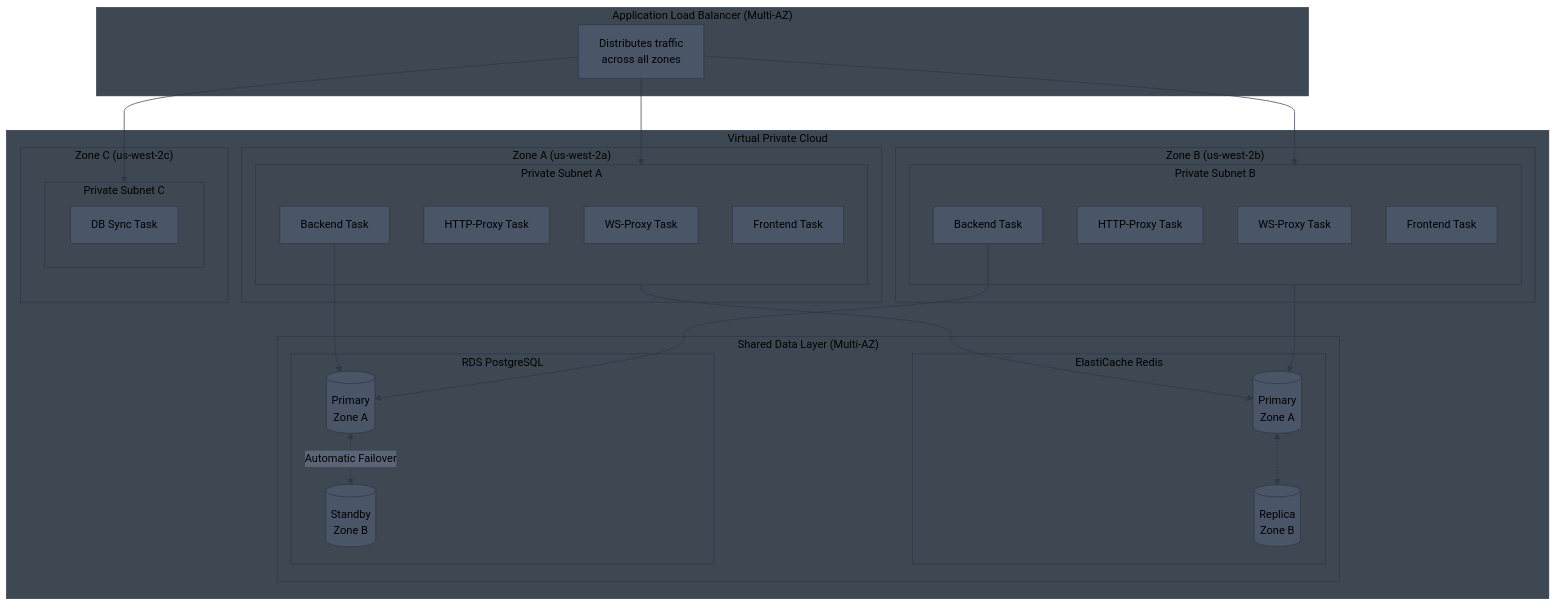
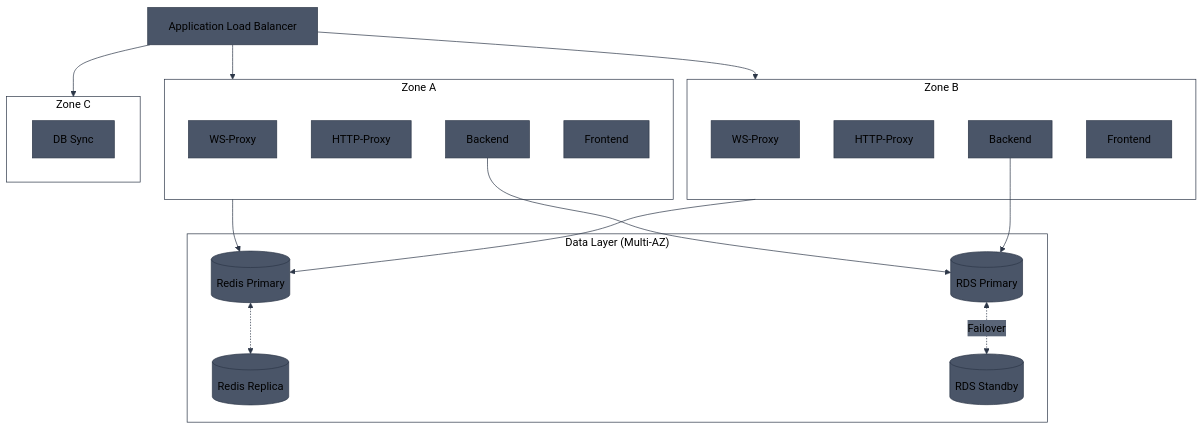
The fourth of 8 diagrams in diagrams/ecs-architecture.md (aldea-ai/infrastructure-docs), drawn with Mermaid before and after one commit. The commit also changed other lines of this file, not shown here.

Commit message:
Simplify diagrams: remove redundant sections, use transparent cluster backgrounds

````diff
--- a/diagrams/ecs-architecture.md
+++ b/diagrams/ecs-architecture.md
@@ -152,50 +143,36 @@
 ```mermaid
-%%{init: {'theme': 'base', 'themeVariables': { 'primaryColor': '#4a5568', 'primaryTextColor': '#000', 'primaryBorderColor': '#2d3748', 'lineColor': '#2d3748', 'secondaryColor': '#5a6577', 'tertiaryColor': '#6b7280', 'background': '#1a202c', 'mainBkg': '#4a5568', 'secondBkg': '#5a6577', 'clusterBkg': '#3d4852', 'clusterBorder': '#2d3748', 'titleColor': '#000'}}}%%
+%%{init: {'theme': 'base', 'themeVariables': { 'primaryColor': '#4a5568', 'primaryTextColor': '#000', 'primaryBorderColor': '#2d3748', 'lineColor': '#2d3748', 'secondaryColor': '#5a6577', 'tertiaryColor': '#6b7280', 'clusterBkg': 'transparent', 'clusterBorder': '#2d3748', 'titleColor': '#000'}}}%%
 flowchart TB
-    subgraph ALB["Application Load Balancer (Multi-AZ)"]
-        LB[Distributes traffic<br/>across all zones]
+    LB[Application Load Balancer]
+
+    subgraph AZ_A["Zone A"]
+        WS_A[WS-Proxy]
+        HTTP_A[HTTP-Proxy]
+        BE_A[Backend]
+        FE_A[Frontend]
     end
 
-    subgraph VPC["Virtual Private Cloud"]
-        subgraph AZ_A["Zone A (us-west-2a)"]
-            subgraph SubA["Private Subnet A"]
-                WS_A[WS-Proxy Task]
-                HTTP_A[HTTP-Proxy Task]
-                BE_A[Backend Task]
-                FE_A[Frontend Task]
-            end
-        end
-
-        subgraph AZ_B["Zone B (us-west-2b)"]
-            subgraph SubB["Private Subnet B"]
-                WS_B[WS-Proxy Task]
-                HTTP_B[HTTP-Proxy Task]
-                BE_B[Backend Task]
-                FE_B[Frontend Task]
-            end
-        end
-
-        subgraph AZ_C["Zone C (us-west-2c)"]
-            subgraph SubC["Private Subnet C"]
-                SQS_C[DB Sync Task]
-            end
-        end
-
-        subgraph Data["Shared Data Layer (Multi-AZ)"]
-            subgraph RedisCluster["ElastiCache Redis"]
-                REDIS_P[(Primary<br/>Zone A)]
-                REDIS_R[(Replica<br/>Zone B)]
-            end
-            subgraph RDSCluster["RDS PostgreSQL"]
-                RDS_P[(Primary<br/>Zone A)]
-                RDS_S[(Standby<br/>Zone B)]
-            end
-        end
+    subgraph AZ_B["Zone B"]
+        WS_B[WS-Proxy]
+        HTTP_B[HTTP-Proxy]
+        BE_B[Backend]
+        FE_B[Frontend]
     end
 
-    LB --> SubA & SubB & SubC
-    SubA & SubB --> REDIS_P
+    subgraph AZ_C["Zone C"]
+        SQS_C[DB Sync]
+    end
+
+    subgraph Data["Data Layer (Multi-AZ)"]
+        REDIS_P[(Redis Primary)]
+        REDIS_R[(Redis Replica)]
+        RDS_P[(RDS Primary)]
+        RDS_S[(RDS Standby)]
+    end
+
+    LB --> AZ_A & AZ_B & AZ_C
+    AZ_A & AZ_B --> REDIS_P
     REDIS_P <-.-> REDIS_R
     BE_A & BE_B --> RDS_P
-    RDS_P <-.->|Automatic Failover| RDS_S
+    RDS_P <-.->|Failover| RDS_S
 ```
````
